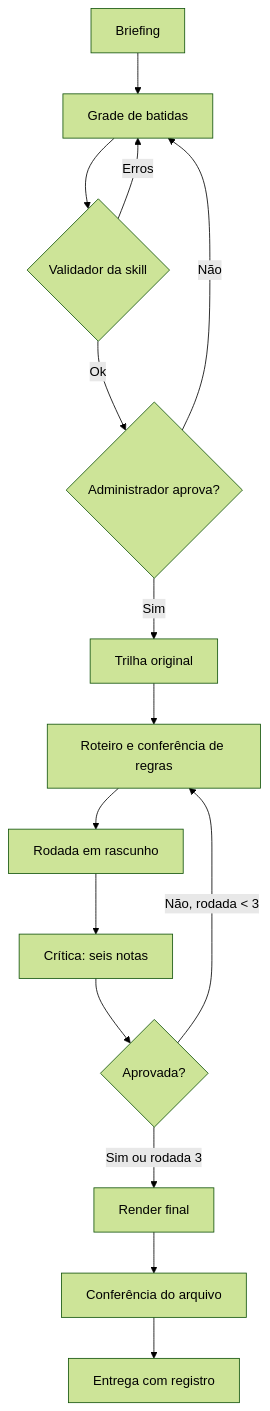
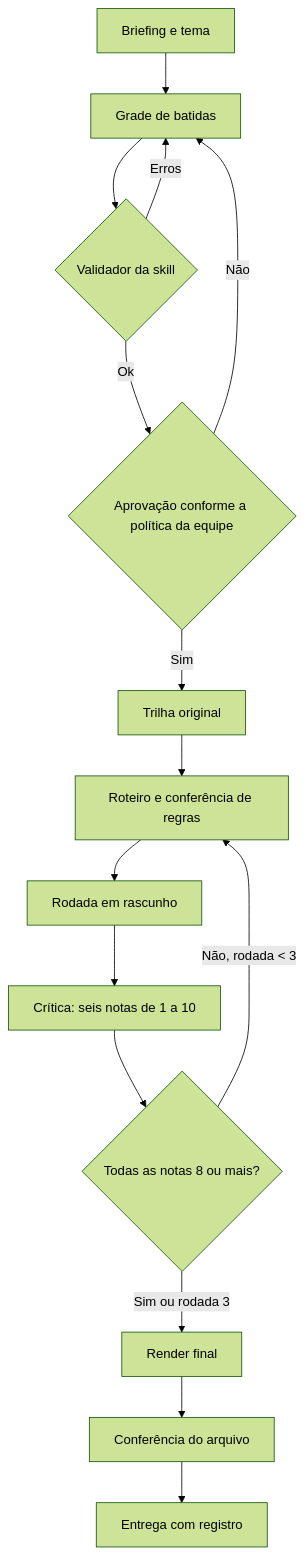
One commit to diegofmonteiro/skill-diretor-de-movimento changed the second of 5 diagrams in modulo-laravel/05-fluxos-e-estados.md. Above: the diagram before and after it, drawn with Mermaid (forest theme). The commit also changed other lines of this file and 260 other files, not shown here.

````diff
--- a/modulo-laravel/05-fluxos-e-estados.md
+++ b/modulo-laravel/05-fluxos-e-estados.md
@@ -20,17 +24,17 @@
 ```mermaid
 flowchart TD
-    A[Briefing] --> B[Grade de batidas]
+    A[Briefing e tema] --> B[Grade de batidas]
     B --> C{Validador da skill}
     C -->|Erros| B
-    C -->|Ok| D{Administrador aprova?}
+    C -->|Ok| D{Aprovação conforme a política da equipe}
     D -->|Não| B
     D -->|Sim| E[Trilha original]
     E --> F[Roteiro e conferência de regras]
     F --> G[Rodada em rascunho]
-    G --> H[Crítica: seis notas]
-    H --> I{Aprovada?}
+    G --> H[Crítica: seis notas de 1 a 10]
+    H --> I{Todas as notas 8 ou mais?}
     I -->|Não, rodada < 3| F
     I -->|Sim ou rodada 3| J[Render final]
     J --> K[Conferência do arquivo]
     K --> L[Entrega com registro]
 ```
````
